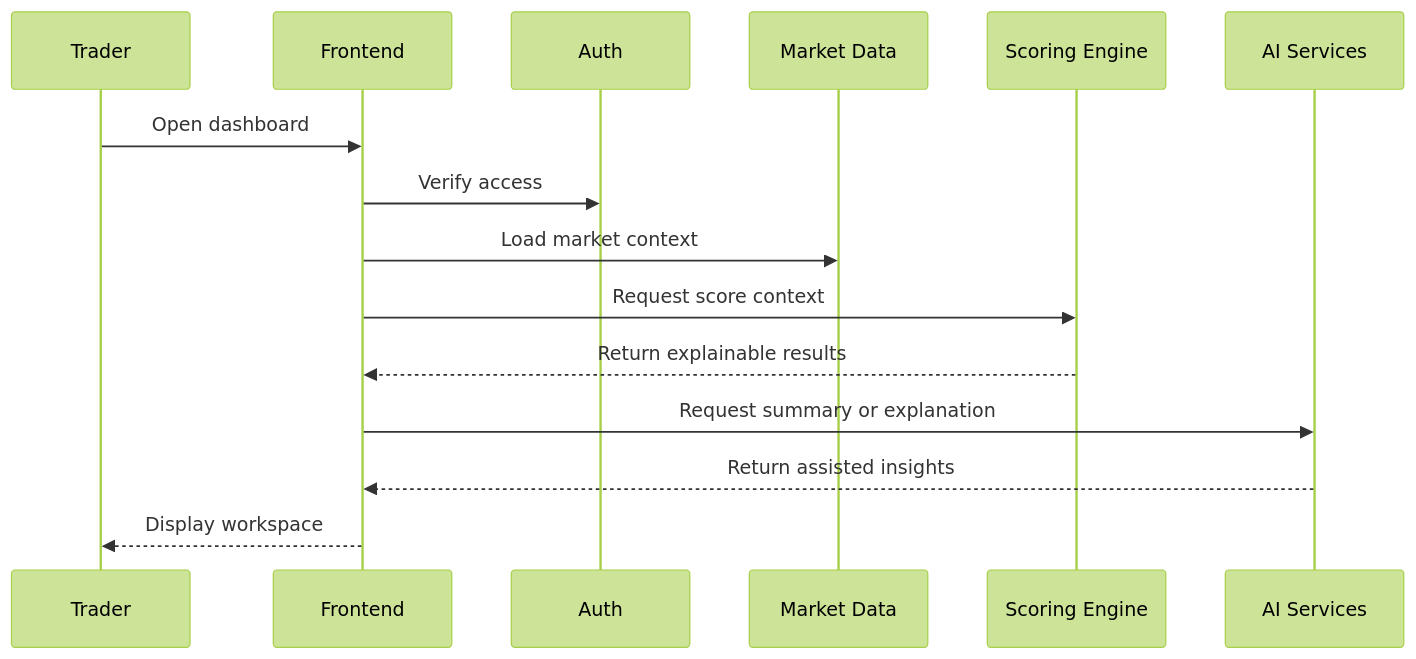
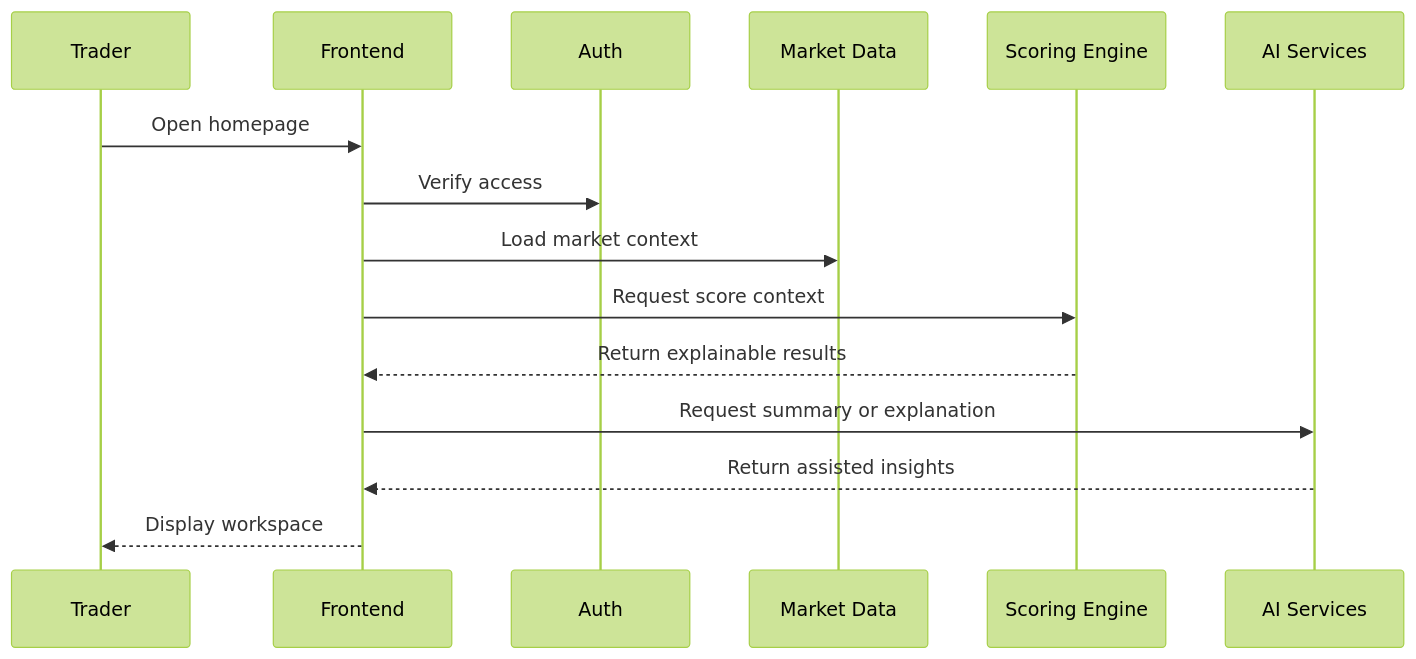
Before and after one commit to manojb-ai/tradeevidence-web: diagram 13 of 14 in docs/03-Architecture.md, drawn with Mermaid (forest theme). The commit also changed other lines of this file and 26 other files, not shown here.

````diff
--- a/docs/03-Architecture.md
+++ b/docs/03-Architecture.md
@@ -196,18 +204,18 @@
 ```mermaid
 sequenceDiagram
     participant User as Trader
     participant UI as Frontend
     participant Auth as Auth
     participant Data as Market Data
     participant Score as Scoring Engine
     participant AI as AI Services
 
-    User->>UI: Open dashboard
+    User->>UI: Open homepage
     UI->>Auth: Verify access
     UI->>Data: Load market context
     UI->>Score: Request score context
     Score-->>UI: Return explainable results
     UI->>AI: Request summary or explanation
     AI-->>UI: Return assisted insights
     UI-->>User: Display workspace
 ```
````
